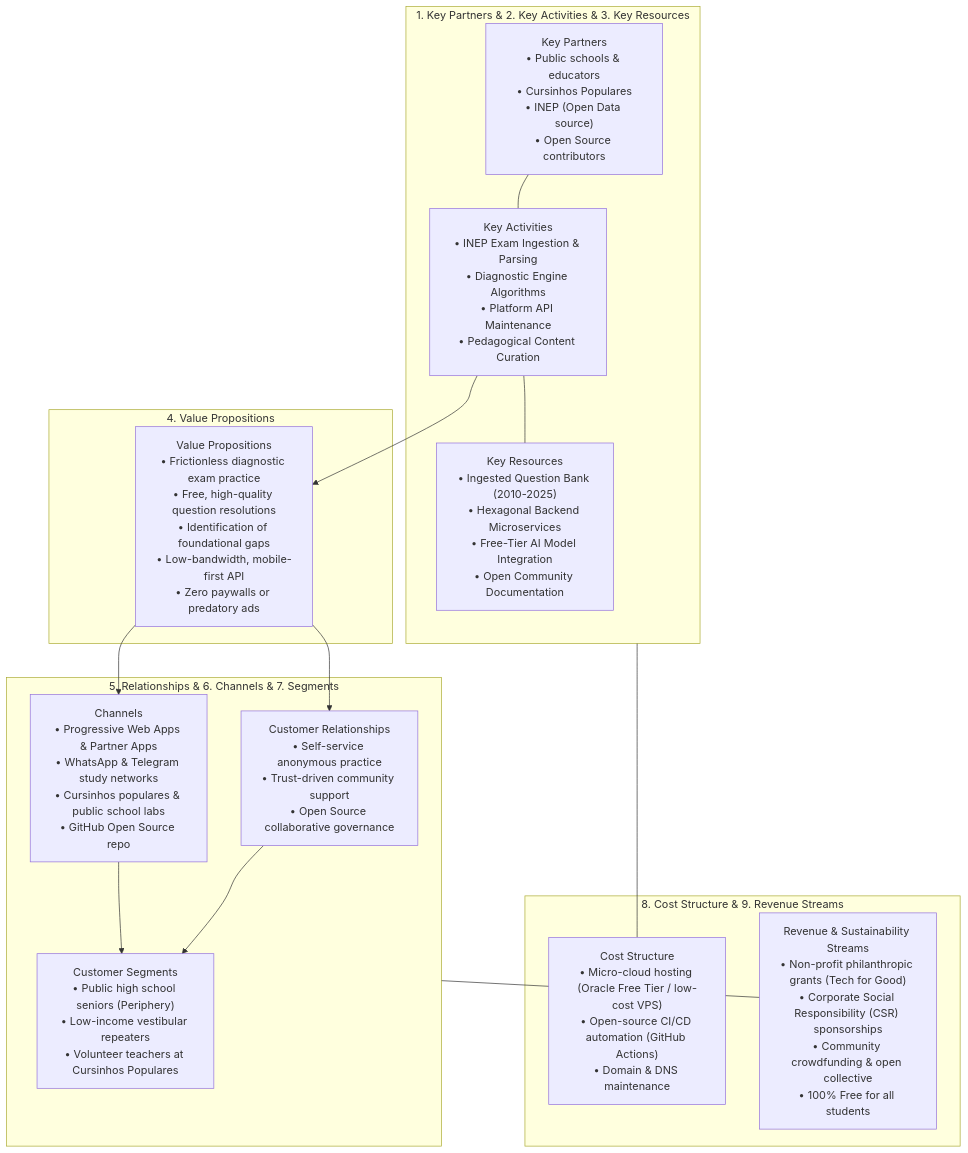
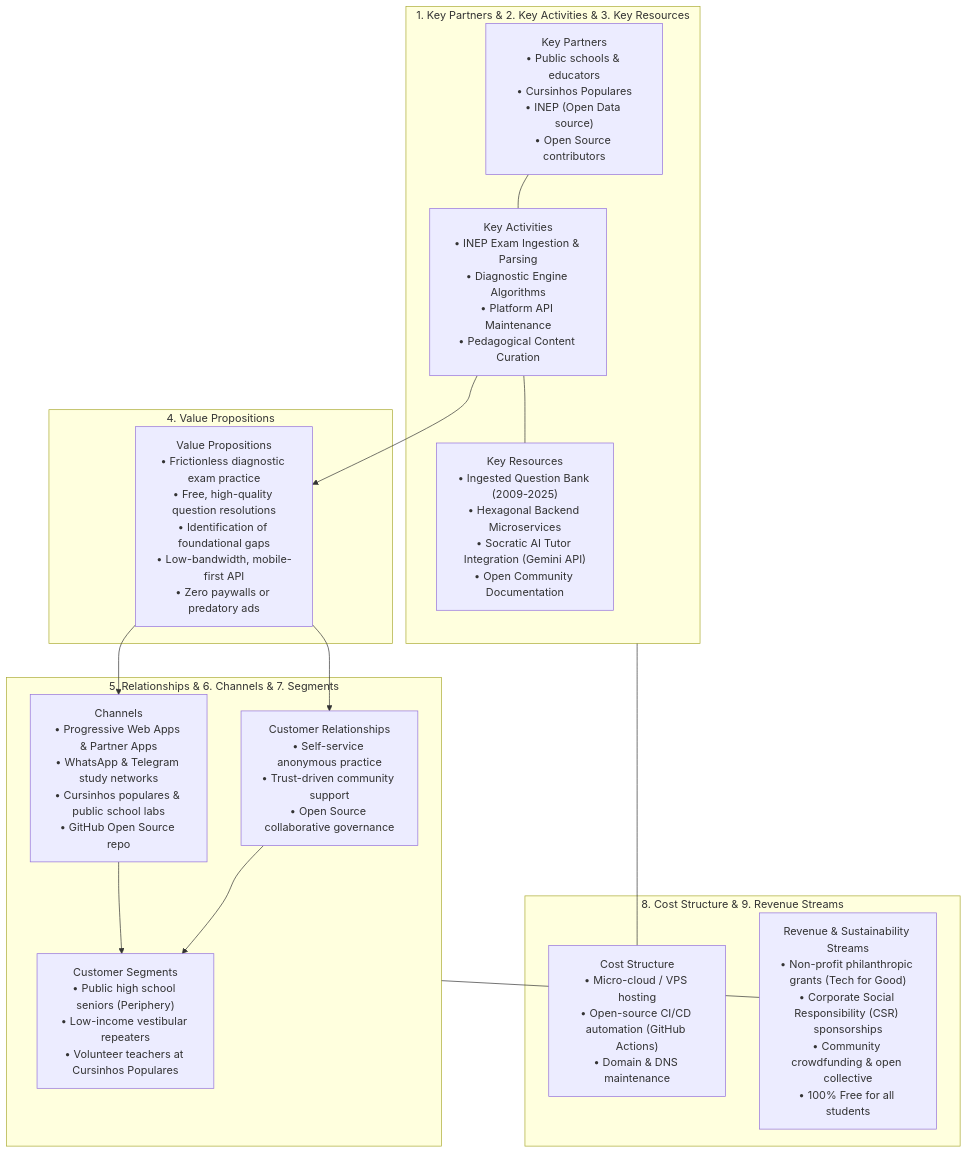
Before and after one commit to Veras-D/AprovaENEM: the first of 4 diagrams in docs/sprint-1/01-business-and-market-strategy.md, drawn with Mermaid. The commit also changed other lines of this file and 6 other files, not shown here.

Commit message:
docs: refine Gemini API architecture and rate limiting specifications

````diff
--- a/docs/sprint-1/01-business-and-market-strategy.md
+++ b/docs/sprint-1/01-business-and-market-strategy.md
@@ -19,30 +19,30 @@
 ```mermaid
 flowchart TD
     subgraph Infrastructure ["1. Key Partners & 2. Key Activities & 3. Key Resources"]
         KP["Key Partners<br/>• Public schools & educators<br/>• Cursinhos Populares<br/>• INEP (Open Data source)<br/>• Open Source contributors"]
         KA["Key Activities<br/>• INEP Exam Ingestion & Parsing<br/>• Diagnostic Engine Algorithms<br/>• Platform API Maintenance<br/>• Pedagogical Content Curation"]
-        KR["Key Resources<br/>• Ingested Question Bank (2010-2025)<br/>• Hexagonal Backend Microservices<br/>• Free-Tier AI Model Integration<br/>• Open Community Documentation"]
+        KR["Key Resources<br/>• Ingested Question Bank (2009-2025)<br/>• Hexagonal Backend Microservices<br/>• Socratic AI Tutor Integration (Gemini API)<br/>• Open Community Documentation"]
     end
 
     subgraph Core ["4. Value Propositions"]
         VP["Value Propositions<br/>• Frictionless diagnostic exam practice<br/>• Free, high-quality question resolutions<br/>• Identification of foundational gaps<br/>• Low-bandwidth, mobile-first API<br/>• Zero paywalls or predatory ads"]
     end
 
     subgraph Market ["5. Relationships & 6. Channels & 7. Segments"]
         CR["Customer Relationships<br/>• Self-service anonymous practice<br/>• Trust-driven community support<br/>• Open Source collaborative governance"]
         CH["Channels<br/>• Progressive Web Apps & Partner Apps<br/>• WhatsApp & Telegram study networks<br/>• Cursinhos populares & public school labs<br/>• GitHub Open Source repo"]
         CS["Customer Segments<br/>• Public high school seniors (Periphery)<br/>• Low-income vestibular repeaters<br/>• Volunteer teachers at Cursinhos Populares"]
     end
 
     subgraph Finance ["8. Cost Structure & 9. Revenue Streams"]
-        CST["Cost Structure<br/>• Micro-cloud hosting (Oracle Free Tier / low-cost VPS)<br/>• Open-source CI/CD automation (GitHub Actions)<br/>• Domain & DNS maintenance"]
+        CST["Cost Structure<br/>• Micro-cloud / VPS hosting<br/>• Open-source CI/CD automation (GitHub Actions)<br/>• Domain & DNS maintenance"]
         REV["Revenue & Sustainability Streams<br/>• Non-profit philanthropic grants (Tech for Good)<br/>• Corporate Social Responsibility (CSR) sponsorships<br/>• Community crowdfunding & open collective<br/>• 100% Free for all students"]
     end
 
     KP --- KA --- KR
     KA --> VP
     VP --> CR & CH
     CR & CH --> CS
     Infrastructure --- CST
     Market --- REV
 ```
````
